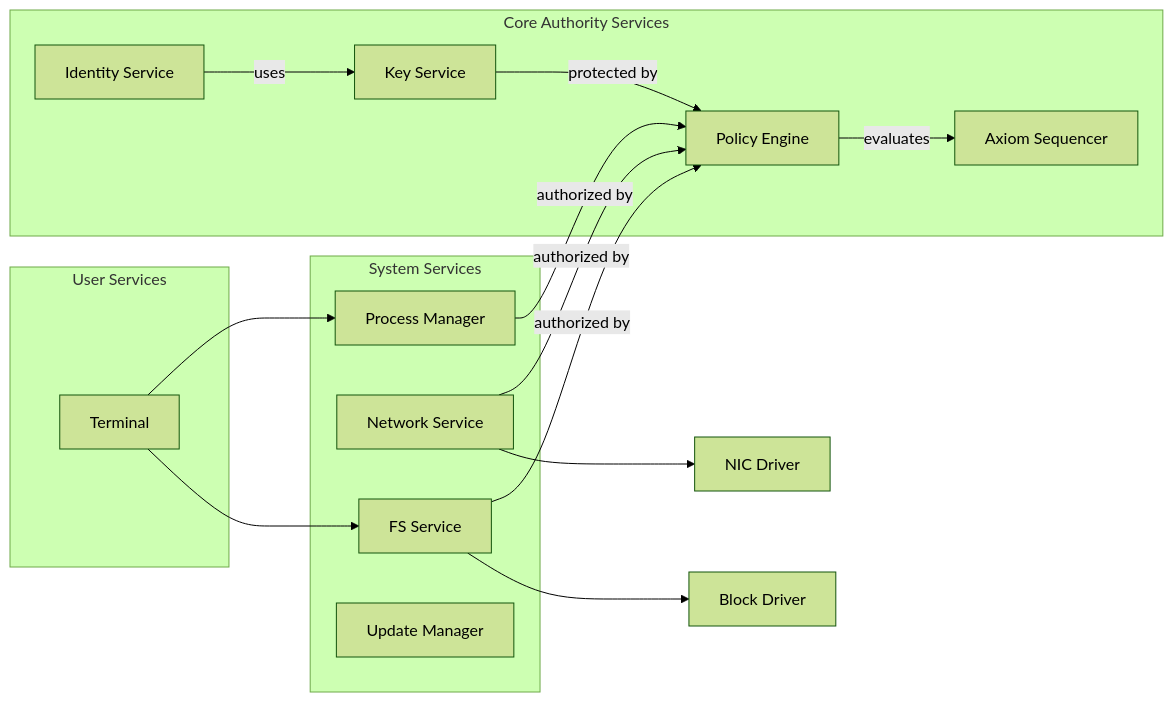
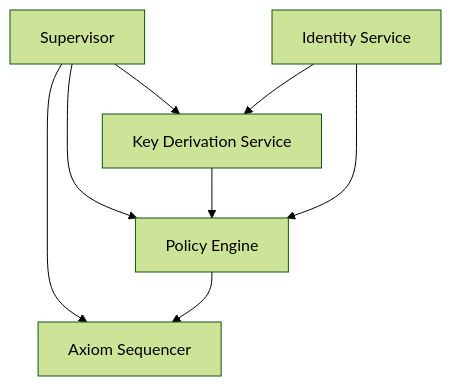
The second of 2 diagrams in docs/whitepaper/03-architecture-overview.md (cypher-asi/zero-os), drawn with Mermaid (forest theme) before and after one commit. The commit also changed other lines of this file and 24 other files, not shown here.

````diff
--- a/docs/whitepaper/03-architecture-overview.md
+++ b/docs/whitepaper/03-architecture-overview.md
@@ -191,34 +178,17 @@
 ```mermaid
-flowchart LR
-    subgraph core [Core Authority Services]
-        axiom[Axiom Sequencer]
-        policy[Policy Engine]
-        keys[Key Service]
-        identity[Identity Service]
-    end
+flowchart TD
+    init[Supervisor]
+    axiom[Axiom Sequencer]
+    policy[Policy Engine]
+    keys[Key Derivation Service]
+    identity[Identity Service]
     
-    subgraph system [System Services]
-        fs[FS Service]
-        net[Network Service]
-        proc[Process Manager]
-        update[Update Manager]
-    end
+    init --> axiom
+    init --> policy
+    init --> keys
     
-    subgraph user [User Services]
-        term[Terminal]
-    end
-    
-    policy -->|evaluates| axiom
-    keys -->|protected by| policy
-    identity -->|uses| keys
-    
-    fs -->|authorized by| policy
-    net -->|authorized by| policy
-    proc -->|authorized by| policy
-    
-    term --> proc
-    term --> fs
-    
-    fs --> blk[Block Driver]
-    net --> nic[NIC Driver]
+    policy --> axiom
+    keys --> policy
+    identity --> keys
+    identity --> policy
 ```
````
